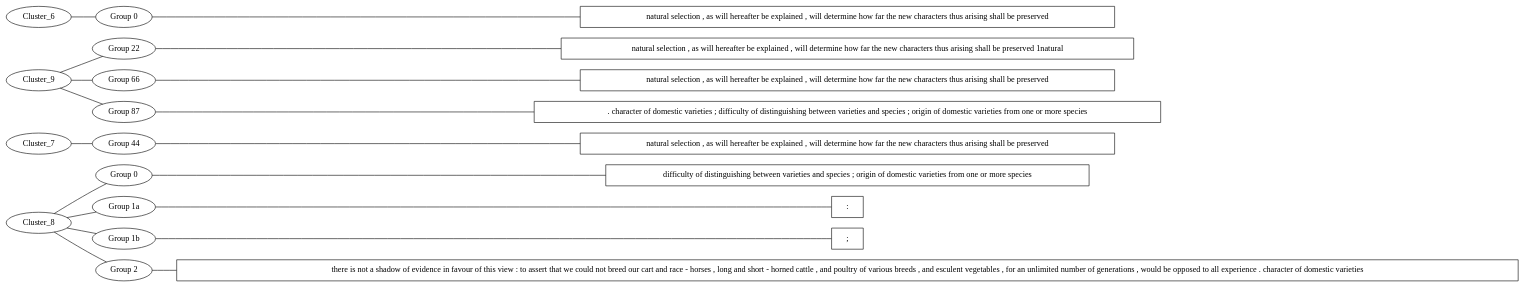
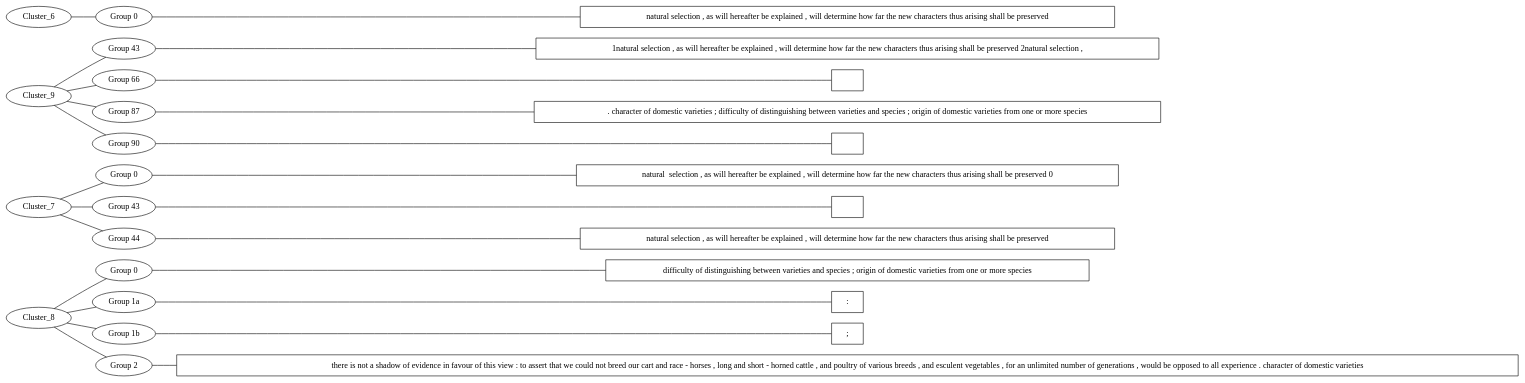
One commit to djbpitt/scala-graphing-sandbox changed the diagram in src/main/outputs/hypergraph.dot. Above: the diagram before and after it, drawn with Graphviz. The commit also changed 3 other files, not shown here.

```diff
--- a/src/main/outputs/hypergraph.dot
+++ b/src/main/outputs/hypergraph.dot
@@ -1,39 +1,51 @@
 graph MyGraph {
 rankdir = LR
 "Cluster_8_2_reading" [shape=box label="there is not a shadow of evidence in favour of this view : to assert that we could not breed our cart and race - horses , long and short - horned cattle , and poultry of various breeds , and esculent vegetables , for an unlimited number of generations , would be opposed to all experience . character of domestic varieties "]
 "Cluster_8_1b_reading" [shape=box label="; "]
 "Cluster_8_1a_reading" [shape=box label=": "]
 "Cluster_8_0_reading" [shape=box label="difficulty of distinguishing between varieties and species ; origin of domestic varieties from one or more species "]
 "Cluster_8_0" [label="Group 0"]
 "Cluster_8_1a" [label="Group 1a"]
 "Cluster_8_1b" [label="Group 1b"]
 "Cluster_8_2" [label="Group 2"]
 "Cluster_8_2" -- "Cluster_8_2_reading"
 "Cluster_8_1b" -- "Cluster_8_1b_reading"
 "Cluster_8_1a" -- "Cluster_8_1a_reading"
 "Cluster_8_0" -- "Cluster_8_0_reading"
 Cluster_8 -- "Cluster_8_2"
 Cluster_8 -- "Cluster_8_1b"
 Cluster_8 -- "Cluster_8_1a"
 Cluster_8 -- "Cluster_8_0"
 "Cluster_7_44_reading" [shape=box label="natural selection , as will hereafter be explained , will determine how far the new characters thus arising shall be preserved "]
+"Cluster_7_43_reading" [shape=box label=""]
+"Cluster_7_0_reading" [shape=box label="natural  selection , as will hereafter be explained , will determine how far the new characters thus arising shall be preserved 0"]
+"Cluster_7_0" [label="Group 0"]
+"Cluster_7_43" [label="Group 43"]
 "Cluster_7_44" [label="Group 44"]
 "Cluster_7_44" -- "Cluster_7_44_reading"
+"Cluster_7_43" -- "Cluster_7_43_reading"
+"Cluster_7_0" -- "Cluster_7_0_reading"
 Cluster_7 -- "Cluster_7_44"
+Cluster_7 -- "Cluster_7_43"
+Cluster_7 -- "Cluster_7_0"
+"Cluster_9_90_reading" [shape=box label=""]
 "Cluster_9_87_reading" [shape=box label=". character of domestic varieties ; difficulty of distinguishing between varieties and species ; origin of domestic varieties from one or more species "]
-"Cluster_9_66_reading" [shape=box label="natural selection , as will hereafter be explained , will determine how far the new characters thus arising shall be preserved "]
-"Cluster_9_22_reading" [shape=box label="natural selection , as will hereafter be explained , will determine how far the new characters thus arising shall be preserved 1natural "]
-"Cluster_9_22" [label="Group 22"]
+"Cluster_9_66_reading" [shape=box label=""]
+"Cluster_9_43_reading" [shape=box label="1natural selection , as will hereafter be explained , will determine how far the new characters thus arising shall be preserved 2natural selection , "]
+"Cluster_9_43" [label="Group 43"]
 "Cluster_9_66" [label="Group 66"]
 "Cluster_9_87" [label="Group 87"]
+"Cluster_9_90" [label="Group 90"]
+"Cluster_9_90" -- "Cluster_9_90_reading"
 "Cluster_9_87" -- "Cluster_9_87_reading"
 "Cluster_9_66" -- "Cluster_9_66_reading"
-"Cluster_9_22" -- "Cluster_9_22_reading"
+"Cluster_9_43" -- "Cluster_9_43_reading"
+Cluster_9 -- "Cluster_9_90"
 Cluster_9 -- "Cluster_9_87"
 Cluster_9 -- "Cluster_9_66"
-Cluster_9 -- "Cluster_9_22"
+Cluster_9 -- "Cluster_9_43"
 "Cluster_6_0_reading" [shape=box label="natural selection , as will hereafter be explained , will determine how far the new characters thus arising shall be preserved "]
 "Cluster_6_0" [label="Group 0"]
 "Cluster_6_0" -- "Cluster_6_0_reading"
 Cluster_6 -- "Cluster_6_0"
 }
```
